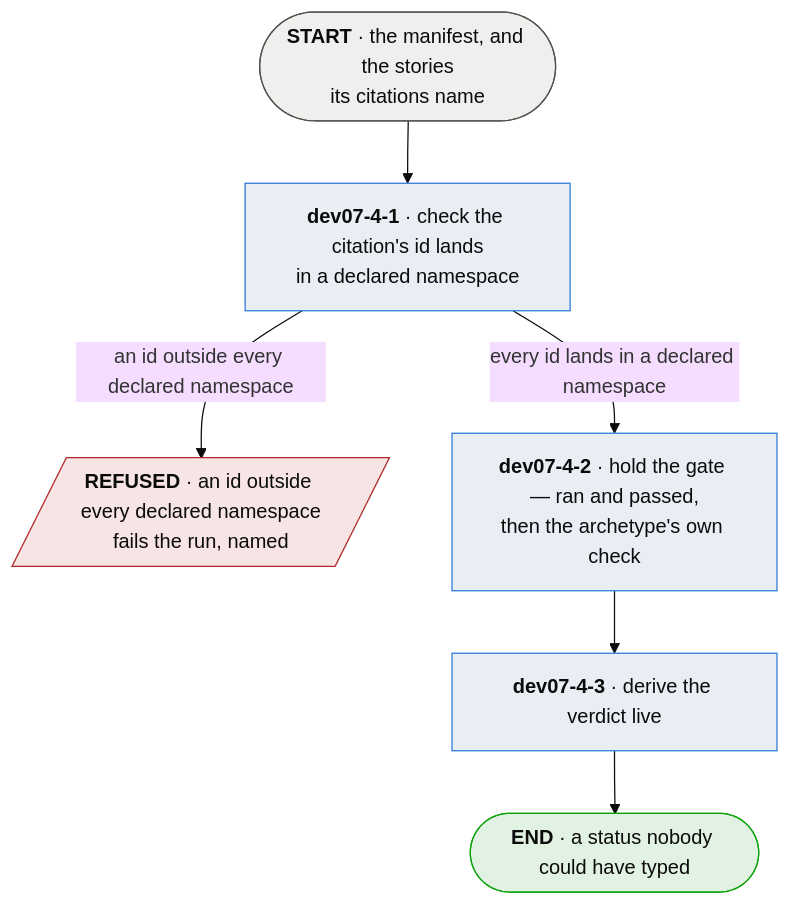
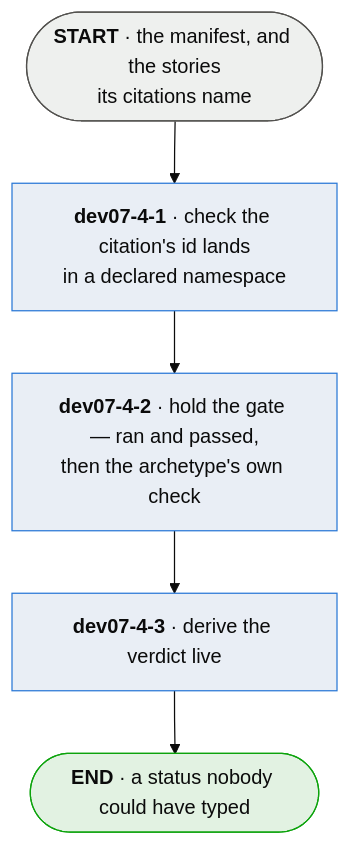
Before and after one commit to plumbspec/plumb: the diagram in spec/diagrams/dev07-4-decide-whether-it-is-proven.md, drawn with Mermaid (base theme). The commit also changed other lines of this file and 54 other files, not shown here.

````diff
--- a/spec/diagrams/dev07-4-decide-whether-it-is-proven.md
+++ b/spec/diagrams/dev07-4-decide-whether-it-is-proven.md
@@ -9,21 +9,17 @@
 ```mermaid
 flowchart TD
     IN([<b>START</b> · the manifest, and the stories<br/>its citations name]):::terminal
 
     NAMES[<b>dev07-4-1</b> · check the citation's id lands<br/>in a declared namespace]:::process
-    REFUSED[/<b>REFUSED</b> · an id outside every declared namespace<br/>fails the run, named/]:::bad
     GATE[<b>dev07-4-2</b> · hold the gate — ran and passed,<br/>then the archetype's own check]:::process
     VERDICT[<b>dev07-4-3</b> · derive the verdict live]:::process
 
     OUT([<b>END</b> · a status nobody could have typed]):::good
 
-    IN --> NAMES
-    NAMES -->|"an id outside every declared namespace"| REFUSED
-    NAMES -->|"every id lands in a declared namespace"| GATE
+    IN --> NAMES --> GATE
     GATE --> VERDICT --> OUT
 
     classDef terminal fill:#eef0ee,stroke:#52514e,color:#0b0b0b;
     classDef process fill:#e9eef5,stroke:#2a78d6,color:#0b0b0b;
-    classDef bad fill:#f7e4e4,stroke:#b02a2a,color:#0b0b0b;
     classDef good fill:#e2f2e2,stroke:#0ca30c,color:#0b0b0b;
 ```
````
